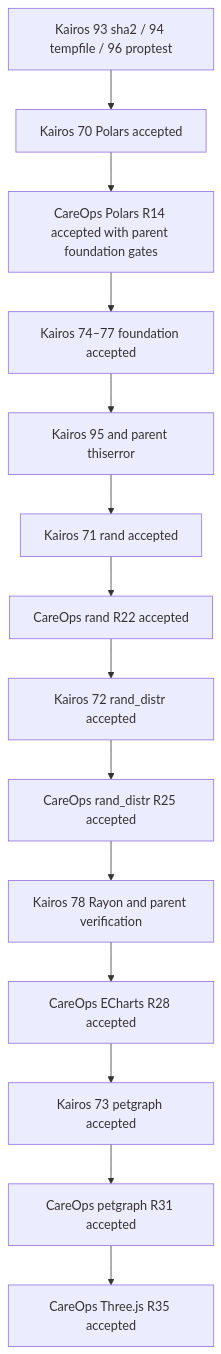
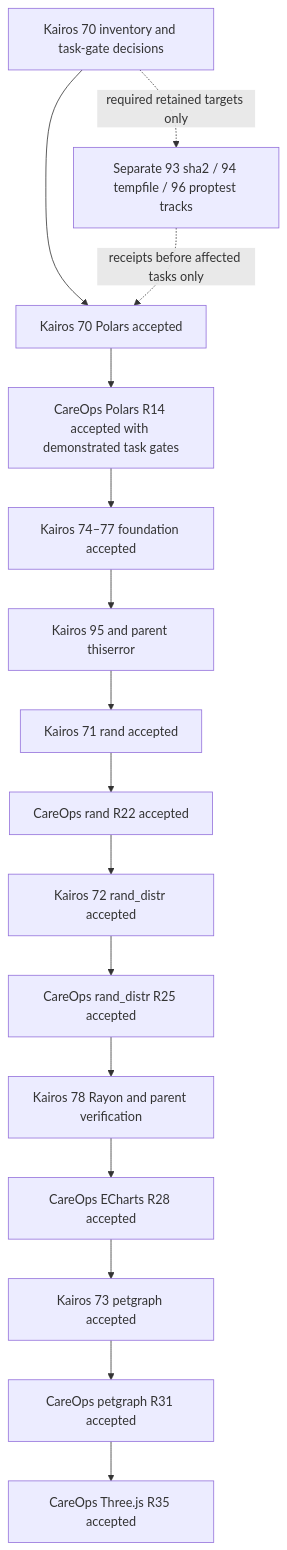
Before and after one commit to edithatogo/kairos: the diagram in conductor/library-adoption.md, drawn with Mermaid. The commit also changed other lines of this file and 20 other files, not shown here.

Commit message:
docs(conductor): start Polars with inventory and task-specific gates

````diff
--- a/conductor/library-adoption.md
+++ b/conductor/library-adoption.md
@@ -17,16 +17,18 @@
 ```mermaid
 flowchart TD
-    P[Kairos 93 sha2 / 94 tempfile / 96 proptest] --> KP[Kairos 70 Polars accepted]
-    KP --> CP[CareOps Polars R14 accepted with parent foundation gates]
+    I[Kairos 70 inventory and task-gate decisions] --> KP[Kairos 70 Polars accepted]
+    I -. required retained targets only .-> P[Separate 93 sha2 / 94 tempfile / 96 proptest tracks]
+    P -. receipts before affected tasks only .-> KP
+    KP --> CP[CareOps Polars R14 accepted with demonstrated task gates]
     CP --> F[Kairos 74–77 foundation accepted]
     F --> E[Kairos 95 and parent thiserror]
     E --> KR[Kairos 71 rand accepted]
     KR --> CR[CareOps rand R22 accepted]
     CR --> KD[Kairos 72 rand_distr accepted]
     KD --> CD[CareOps rand_distr R25 accepted]
     CD --> R[Kairos 78 Rayon and parent verification]
     R --> EC[CareOps ECharts R28 accepted]
     EC --> KG[Kairos 73 petgraph accepted]
     KG --> CG[CareOps petgraph R31 accepted]
     CG --> TV[CareOps Three.js R35 accepted]
 ```
````
